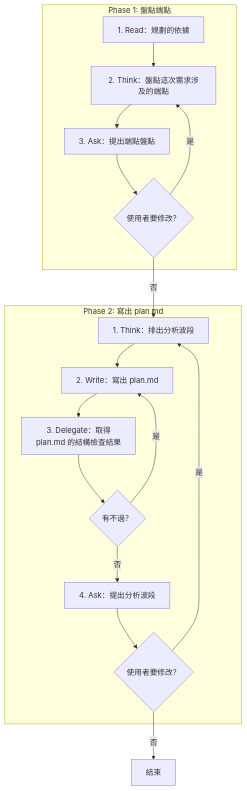
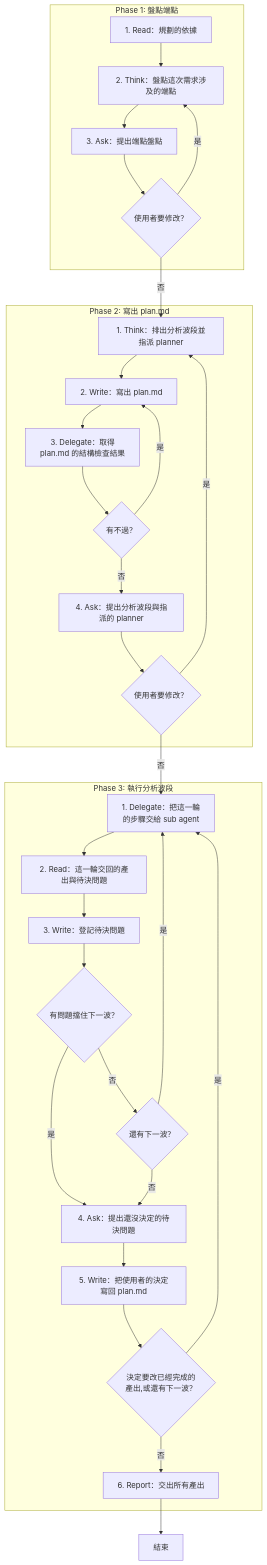
One commit to AI-x-BDD/BDGG-Dev-Skills changed the diagram in .agents/skills/system-analysis/SKILL.md. Above: the diagram before and after it, drawn with Mermaid. The commit also changed other lines of this file and 39 other files, not shown here.

````diff
--- a/.agents/skills/system-analysis/SKILL.md
+++ b/.agents/skills/system-analysis/SKILL.md
@@ -22,31 +30,54 @@
 ```mermaid
 flowchart TD
     subgraph P1["Phase 1: 盤點端點"]
         P1S1["1. Read：規劃的依據"]
         P1S2["2. Think：盤點這次需求涉及的端點"]
         P1S3["3. Ask：提出端點盤點"]
         G_P1S3_1{"使用者要修改？"}
     end
     subgraph P2["Phase 2: 寫出 plan.md"]
-        P2S1["1. Think：排出分析波段"]
+        P2S1["1. Think：排出分析波段並指派 planner"]
         P2S2["2. Write：寫出 plan.md"]
         P2S3["3. Delegate：取得<br/>plan.md 的結構檢查結果"]
         G_P2S3_1{"有不過？"}
-        P2S4["4. Ask：提出分析波段"]
+        P2S4["4. Ask：提出分析波段與指派的 planner"]
         G_P2S4_1{"使用者要修改？"}
+    end
+    subgraph P3["Phase 3: 執行分析波段"]
+        P3S1["1. Delegate：把這一輪<br/>的步驟交給 sub agent"]
+        P3S2["2. Read：這一輪交回的產出與待決問題"]
+        P3S3["3. Write：登記待決問題"]
+        G_P3S3_1{"有問題擋住下一波？"}
+        G_P3S3_2{"還有下一波？"}
+        P3S4["4. Ask：提出還沒決定的待決問題"]
+        P3S5["5. Write：把使用者的決定寫回 plan.md"]
+        G_P3S5_1{"決定要改已經完成的<br/>產出,或還有下一波？"}
+        P3S6["6. Report：交出所有產出"]
     end
     End["結束"]
     P1S1 --> P1S2
     P1S2 --> P1S3
     P1S3 --> G_P1S3_1
     G_P1S3_1 -->|是| P1S2
     G_P1S3_1 -->|否| P2S1
     P2S1 --> P2S2
     P2S2 --> P2S3
     P2S3 --> G_P2S3_1
     G_P2S3_1 -->|是| P2S2
     G_P2S3_1 -->|否| P2S4
     P2S4 --> G_P2S4_1
     G_P2S4_1 -->|是| P2S1
-    G_P2S4_1 -->|否| End
+    G_P2S4_1 -->|否| P3S1
+    P3S1 --> P3S2
+    P3S2 --> P3S3
+    P3S3 --> G_P3S3_1
+    G_P3S3_1 -->|是| P3S4
+    G_P3S3_1 -->|否| G_P3S3_2
+    G_P3S3_2 -->|是| P3S1
+    G_P3S3_2 -->|否| P3S4
+    P3S4 --> P3S5
+    P3S5 --> G_P3S5_1
+    G_P3S5_1 -->|是| P3S1
+    G_P3S5_1 -->|否| P3S6
+    P3S6 --> End
 ```
````
